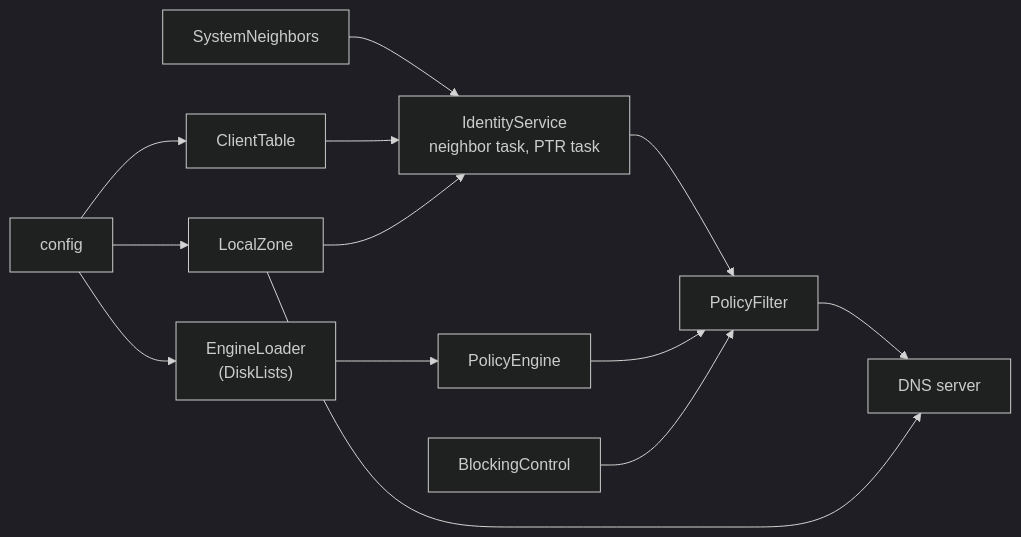
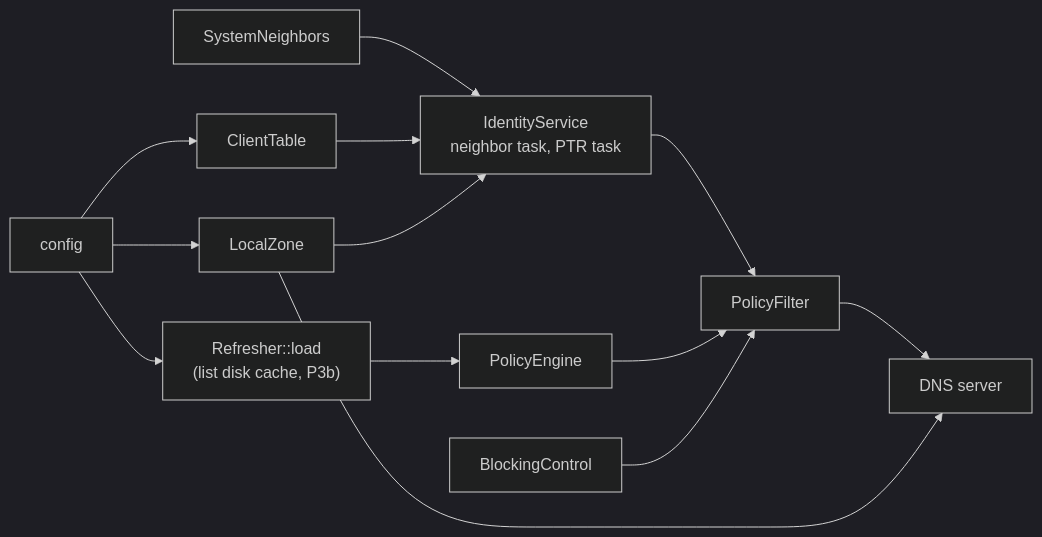
The third of 3 diagrams in docs/CLIENTS.md (Warchant/rusthole), drawn with Mermaid (dark theme) before and after one commit. The commit also changed other lines of this file and 85 other files, not shown here.

````diff
--- a/docs/CLIENTS.md
+++ b/docs/CLIENTS.md
@@ -251,14 +251,14 @@
 ```mermaid
 flowchart LR
     cfg[config] --> zone[LocalZone]
     cfg --> table[ClientTable]
-    cfg --> loader["EngineLoader<br/>(DiskLists)"] --> engine[PolicyEngine]
+    cfg --> loader["Refresher::load<br/>(list disk cache, P3b)"] --> engine[PolicyEngine]
     src[SystemNeighbors] --> idsvc["IdentityService<br/>neighbor task, PTR task"]
     table --> idsvc
     zone --> idsvc
     idsvc --> filter[PolicyFilter]
     engine --> filter
     toggle[BlockingControl] --> filter
     filter --> dns[DNS server]
     zone --> dns
 ```
````
